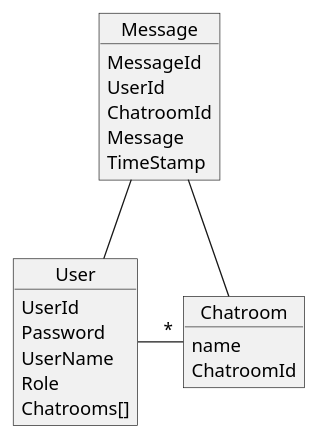
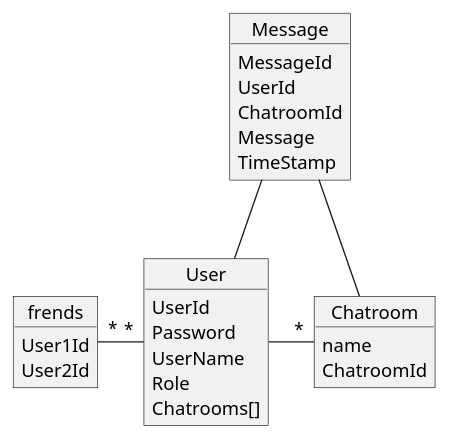
One commit to kompost/spac_uge-10 changed the diagram in Docs/ERD.puml. Above: the diagram before and after it, drawn with PlantUML.

```diff
--- a/Docs/ERD.puml
+++ b/Docs/ERD.puml
@@ -1,26 +1,31 @@
 @startuml
 object User {
     UserId
     Password
     UserName
     Role
     Chatrooms[]
+}
+object frends {
+    User1Id
+    User2Id
 }
 
 object Chatroom {
     name
     ChatroomId
 }
 
 object Message {
     MessageId
     UserId
     ChatroomId
     Message
     TimeStamp
 }
 
 User - "*" Chatroom
 Message -- User
 Message -- Chatroom
+frends "*"-"*" User
 @enduml
```
